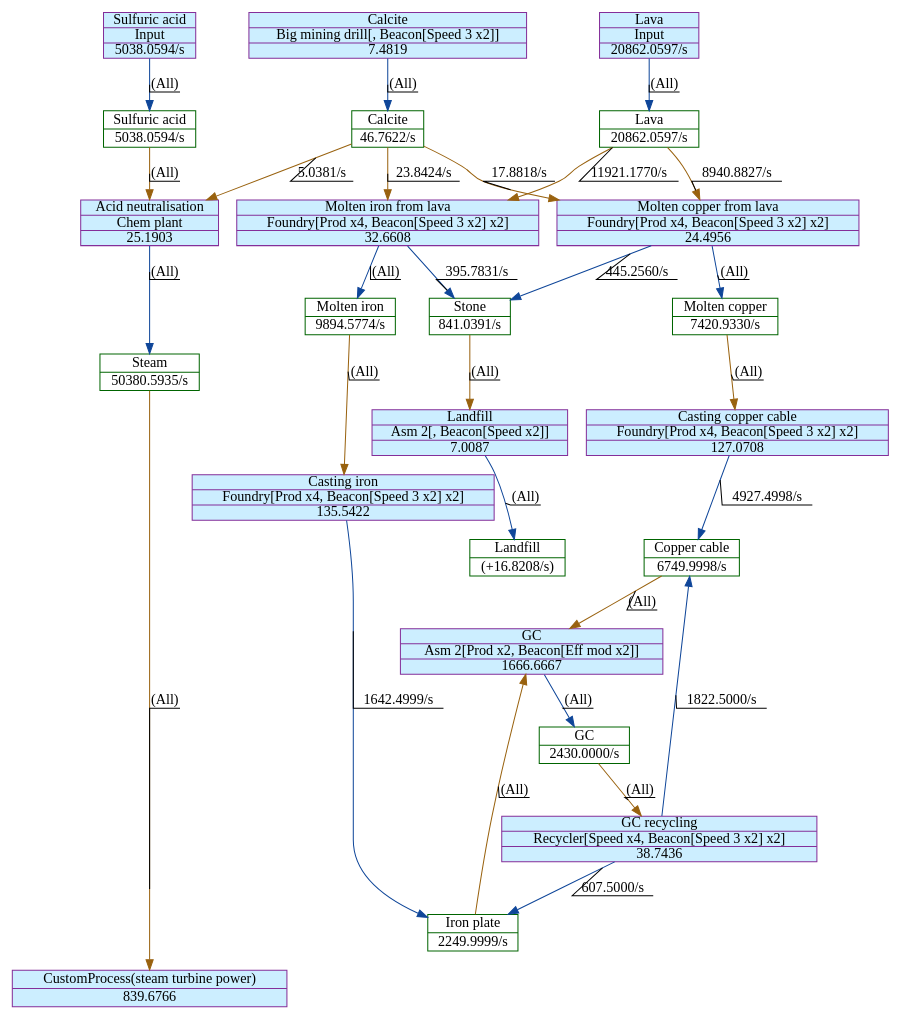
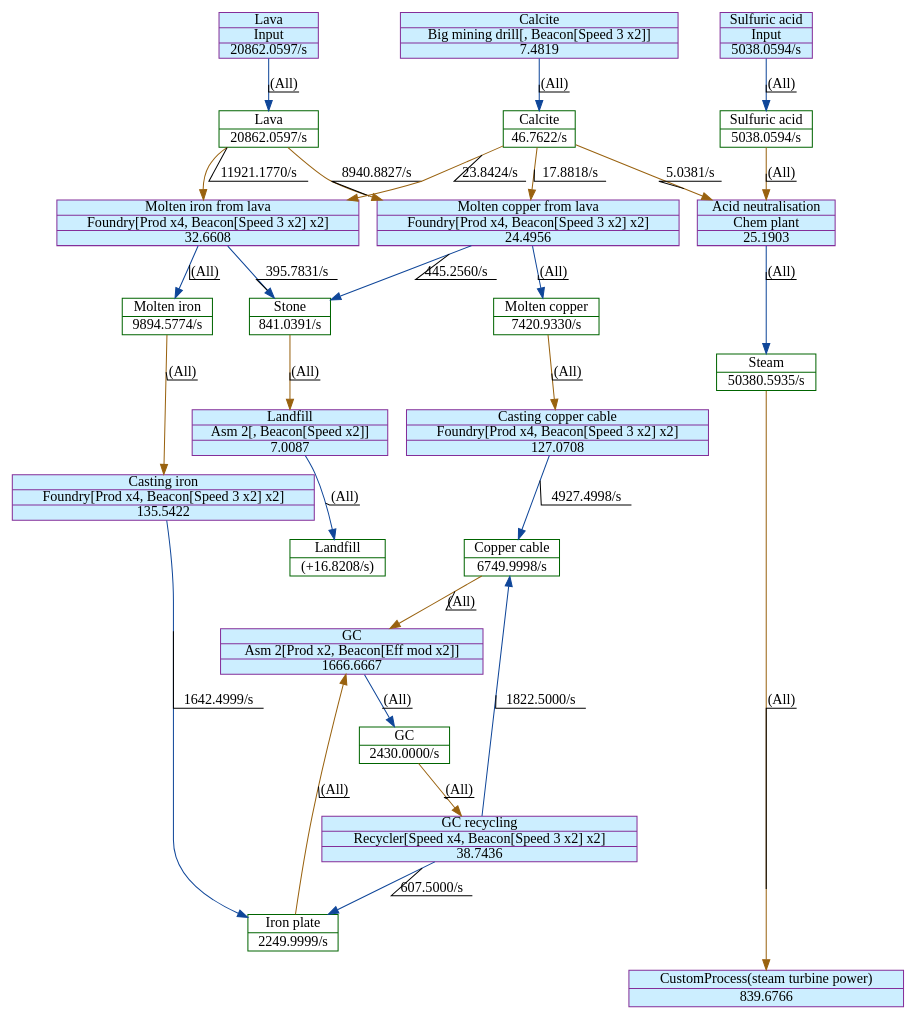
The diagram in output/20MGC.dot (GlassBricks/factorio-analysis), drawn with Graphviz before and after one commit. The commit also changed 1 other file, not shown here.

```diff
--- a/output/20MGC.dot
+++ b/output/20MGC.dot
@@ -1,77 +1,77 @@
 digraph {
     layout="dot"
     concentrate=true
     node [shape="record"; margin=0]
     edge [decorate=true]
-    0 [color="#006400"; label="{Copper cable|6749.9998/s}"]
-    1 [color="#006400"; label="{Iron plate|2249.9999/s}"]
-    2 [color="#006400"; label="{GC|2430.0000/s}"]
+    0 [color="#006400"; label="{Lava|20862.0597/s}"]
+    1 [color="#006400"; label="{Landfill|(+16.8208/s)}"]
+    2 [color="#006400"; label="{Stone|841.0391/s}"]
     3 [color="#006400"; label="{Steam|50380.5935/s}"]
-    4 [color="#006400"; label="{Calcite|46.7622/s}"]
-    5 [color="#006400"; label="{Sulfuric acid|5038.0594/s}"]
-    6 [color="#006400"; label="{Lava|20862.0597/s}"]
+    4 [color="#006400"; label="{GC|2430.0000/s}"]
+    5 [color="#006400"; label="{Copper cable|6749.9998/s}"]
+    6 [color="#006400"; label="{Iron plate|2249.9999/s}"]
     7 [color="#006400"; label="{Molten copper|7420.9330/s}"]
-    8 [color="#006400"; label="{Landfill|(+16.8208/s)}"]
-    9 [color="#006400"; label="{Stone|841.0391/s}"]
+    8 [color="#006400"; label="{Calcite|46.7622/s}"]
+    9 [color="#006400"; label="{Sulfuric acid|5038.0594/s}"]
     10 [color="#006400"; label="{Molten iron|9894.5774/s}"]
-    11 [style="filled"; color="#842e99"; fillcolor="#cceeff"; label="{GC|Asm 2[Prod x2, Beacon[Eff mod x2]]|1666.6667}"]
-    12 [style="filled"; color="#842e99"; fillcolor="#cceeff"; label="{Acid neutralisation|Chem plant|25.1903}"]
-    13 [style="filled"; color="#842e99"; fillcolor="#cceeff"; label="{Calcite|Big mining drill[, Beacon[Speed 3 x2]]|7.4819}"]
-    14 [style="filled"; color="#842e99"; fillcolor="#cceeff"; label="{Sulfuric acid|Input|5038.0594/s}"]
-    15 [style="filled"; color="#842e99"; fillcolor="#cceeff"; label="{Lava|Input|20862.0597/s}"]
-    16 [style="filled"; color="#842e99"; fillcolor="#cceeff"; label="{Casting copper cable|Foundry[Prod x4, Beacon[Speed 3 x2] x2]|127.0708}"]
-    17 [style="filled"; color="#842e99"; fillcolor="#cceeff"; label="{Landfill|Asm 2[, Beacon[Speed x2]]|7.0087}"]
-    18 [style="filled"; color="#842e99"; fillcolor="#cceeff"; label="{Casting iron|Foundry[Prod x4, Beacon[Speed 3 x2] x2]|135.5422}"]
-    19 [style="filled"; color="#842e99"; fillcolor="#cceeff"; label="{GC recycling|Recycler[Speed x4, Beacon[Speed 3 x2] x2]|38.7436}"]
+    11 [style="filled"; color="#842e99"; fillcolor="#cceeff"; label="{Lava|Input|20862.0597/s}"]
+    12 [style="filled"; color="#842e99"; fillcolor="#cceeff"; label="{Landfill|Asm 2[, Beacon[Speed x2]]|7.0087}"]
+    13 [style="filled"; color="#842e99"; fillcolor="#cceeff"; label="{CustomProcess(steam turbine power)|839.6766}"]
+    14 [style="filled"; color="#842e99"; fillcolor="#cceeff"; label="{GC recycling|Recycler[Speed x4, Beacon[Speed 3 x2] x2]|38.7436}"]
+    15 [style="filled"; color="#842e99"; fillcolor="#cceeff"; label="{Molten copper from lava|Foundry[Prod x4, Beacon[Speed 3 x2] x2]|24.4956}"]
+    16 [style="filled"; color="#842e99"; fillcolor="#cceeff"; label="{Sulfuric acid|Input|5038.0594/s}"]
+    17 [style="filled"; color="#842e99"; fillcolor="#cceeff"; label="{Casting copper cable|Foundry[Prod x4, Beacon[Speed 3 x2] x2]|127.0708}"]
+    18 [style="filled"; color="#842e99"; fillcolor="#cceeff"; label="{GC|Asm 2[Prod x2, Beacon[Eff mod x2]]|1666.6667}"]
+    19 [style="filled"; color="#842e99"; fillcolor="#cceeff"; label="{Casting iron|Foundry[Prod x4, Beacon[Speed 3 x2] x2]|135.5422}"]
     20 [style="filled"; color="#842e99"; fillcolor="#cceeff"; label="{Molten iron from lava|Foundry[Prod x4, Beacon[Speed 3 x2] x2]|32.6608}"]
-    21 [style="filled"; color="#842e99"; fillcolor="#cceeff"; label="{Molten copper from lava|Foundry[Prod x4, Beacon[Speed 3 x2] x2]|24.4956}"]
-    22 [style="filled"; color="#842e99"; fillcolor="#cceeff"; label="{CustomProcess(steam turbine power)|839.6766}"]
-    0 -> 11 [color="#99620f"; label="(All)"]
-    1 -> 11 [color="#99620f"; label="(All)"]
-    2 -> 19 [color="#99620f"; label="(All)"]
-    3 -> 22 [color="#99620f"; label="(All)"]
-    4 -> 12 [color="#99620f"; label="5.0381/s
+    21 [style="filled"; color="#842e99"; fillcolor="#cceeff"; label="{Acid neutralisation|Chem plant|25.1903}"]
+    22 [style="filled"; color="#842e99"; fillcolor="#cceeff"; label="{Calcite|Big mining drill[, Beacon[Speed 3 x2]]|7.4819}"]
+    0 -> 15 [color="#99620f"; label="8940.8827/s
 "]
-    4 -> 20 [color="#99620f"; label="23.8424/s
+    0 -> 20 [color="#99620f"; label="11921.1770/s
 "]
-    4 -> 21 [color="#99620f"; label="17.8818/s
+    2 -> 12 [color="#99620f"; label="(All)"]
+    3 -> 13 [color="#99620f"; label="(All)"]
+    4 -> 14 [color="#99620f"; label="(All)"]
+    5 -> 18 [color="#99620f"; label="(All)"]
+    6 -> 18 [color="#99620f"; label="(All)"]
+    7 -> 17 [color="#99620f"; label="(All)"]
+    8 -> 15 [color="#99620f"; label="17.8818/s
 "]
-    5 -> 12 [color="#99620f"; label="(All)"]
-    6 -> 20 [color="#99620f"; label="11921.1770/s
+    8 -> 20 [color="#99620f"; label="23.8424/s
 "]
-    6 -> 21 [color="#99620f"; label="8940.8827/s
+    8 -> 21 [color="#99620f"; label="5.0381/s
 "]
-    7 -> 16 [color="#99620f"; label="(All)"]
-    9 -> 17 [color="#99620f"; label="(All)"]
-    10 -> 18 [color="#99620f"; label="(All)"]
-    11 -> 2 [color="#0f4699"; label="(All)"]
-    12 -> 3 [color="#0f4699"; label="(All)"]
-    13 -> 4 [color="#0f4699"; label="(All)"]
-    14 -> 5 [color="#0f4699"; label="(All)"]
-    15 -> 6 [color="#0f4699"; label="(All)"]
-    16 -> 0 [color="#0f4699"; label="4927.4998/s
+    9 -> 21 [color="#99620f"; label="(All)"]
+    10 -> 19 [color="#99620f"; label="(All)"]
+    11 -> 0 [color="#0f4699"; label="(All)"]
+    12 -> 1 [color="#0f4699"; label="(All)"]
+    14 -> 5 [color="#0f4699"; label="1822.5000/s
 "]
-    17 -> 8 [color="#0f4699"; label="(All)"]
-    18 -> 1 [color="#0f4699"; label="1642.4999/s
+    14 -> 6 [color="#0f4699"; label="607.5000/s
 "]
-    19 -> 0 [color="#0f4699"; label="1822.5000/s
+    15 -> 7 [color="#0f4699"; label="(All)"]
+    15 -> 2 [color="#0f4699"; label="445.2560/s
 "]
-    19 -> 1 [color="#0f4699"; label="607.5000/s
+    16 -> 9 [color="#0f4699"; label="(All)"]
+    17 -> 5 [color="#0f4699"; label="4927.4998/s
 "]
-    20 -> 9 [color="#0f4699"; label="395.7831/s
+    18 -> 4 [color="#0f4699"; label="(All)"]
+    19 -> 6 [color="#0f4699"; label="1642.4999/s
+"]
+    20 -> 2 [color="#0f4699"; label="395.7831/s
 "]
     20 -> 10 [color="#0f4699"; label="(All)"]
-    21 -> 7 [color="#0f4699"; label="(All)"]
-    21 -> 9 [color="#0f4699"; label="445.2560/s
-"]
+    21 -> 3 [color="#0f4699"; label="(All)"]
+    22 -> 8 [color="#0f4699"; label="(All)"]
     subgraph {
         rank="source"
-        13
-        14
-        15
+        11
+        16
+        22
     }
     subgraph {
         rank="sink"
-        22
+        13
     }
 }
```
